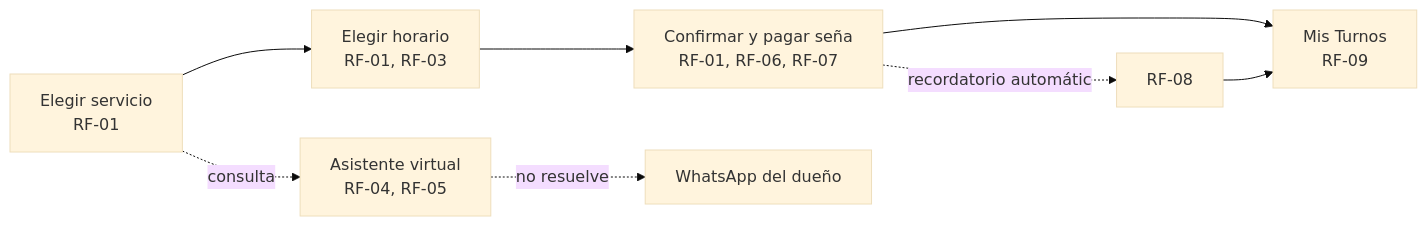
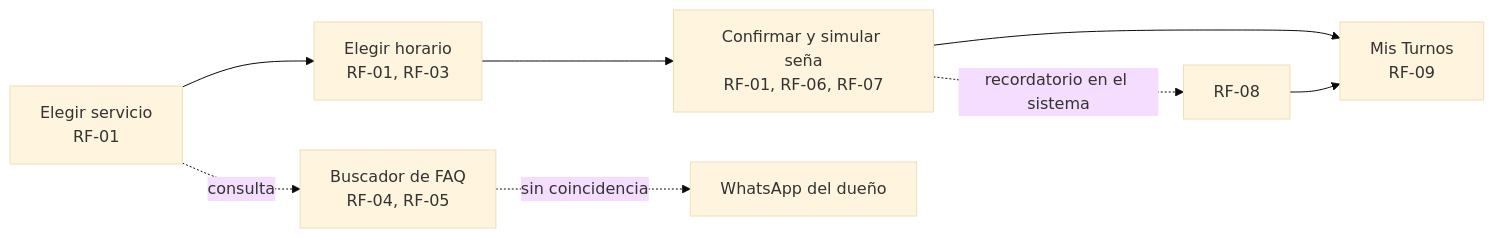
Before and after one commit to sant1jmnz/Proyect-Berea-Clovis-Sanchez: the diagram in docs/05-maquetado.md, drawn with Mermaid (base theme). The commit also changed other lines of this file and 6 other files, not shown here.

First line of the commit message:
Rediseñar el sistema sin APIs externas: backend en C, SQL Server

````diff
--- a/docs/05-maquetado.md
+++ b/docs/05-maquetado.md
@@ -15,10 +15,10 @@
 ```mermaid
 flowchart LR
     A[Elegir servicio<br/>RF-01] --> B[Elegir horario<br/>RF-01, RF-03]
-    B --> C[Confirmar y pagar seña<br/>RF-01, RF-06, RF-07]
+    B --> C[Confirmar y simular seña<br/>RF-01, RF-06, RF-07]
     C --> D[Mis Turnos<br/>RF-09]
-    A -.consulta.-> E[Asistente virtual<br/>RF-04, RF-05]
-    E -.no resuelve.-> F[WhatsApp del dueño]
-    C -.recordatorio automático.-> G[RF-08]
+    A -.consulta.-> E[Buscador de FAQ<br/>RF-04, RF-05]
+    E -.sin coincidencia.-> F[WhatsApp del dueño]
+    C -.recordatorio en el sistema.-> G[RF-08]
     G --> D
 ```
````
